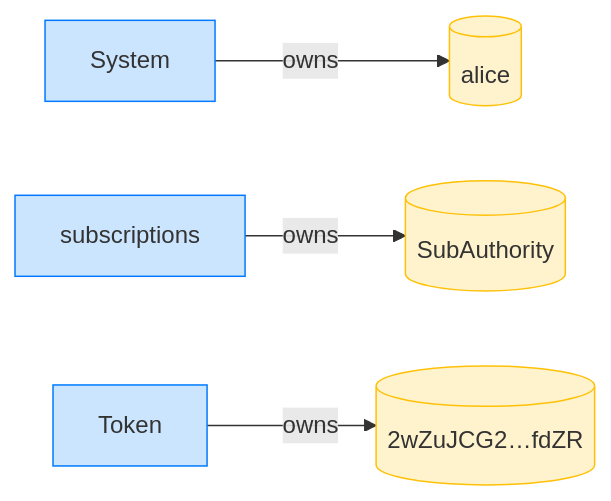
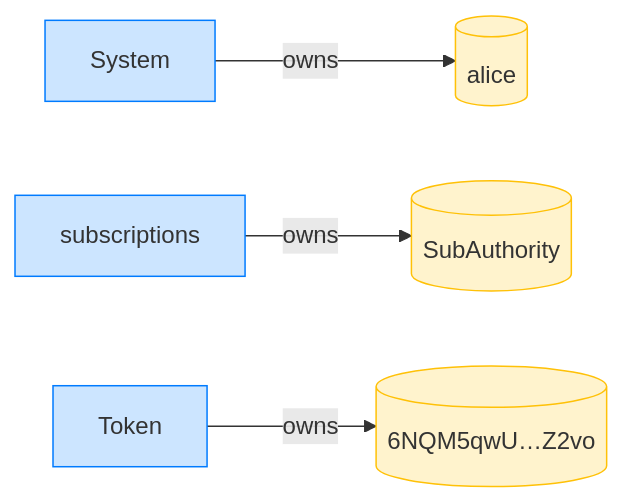
The fourth of 4 diagrams in dsl_tests/survive-a-pre-funded-pda.md (cds-rs/subscriptions), drawn with Mermaid before and after one commit. The commit also changed other lines of this file and 224 other files, not shown here.

````diff
--- a/dsl_tests/survive-a-pre-funded-pda.md
+++ b/dsl_tests/survive-a-pre-funded-pda.md
@@ -81,14 +87,14 @@
 ```mermaid
 flowchart LR
     classDef owner fill:#cce5ff,stroke:#007bff;
     classDef account fill:#fff3cd,stroke:#ffc107;
     System[System]:::owner
     alice[(alice)]:::account
     subscriptions[subscriptions]:::owner
     SubAuthority[(SubAuthority)]:::account
     Token[Token]:::owner
-    2wZuJCG2_fdZR[("2wZuJCG2…fdZR")]:::account
+    6NQM5qwU_Z2vo[("6NQM5qwU…Z2vo")]:::account
     System -->|owns| alice
     subscriptions -->|owns| SubAuthority
-    Token -->|owns| 2wZuJCG2_fdZR
+    Token -->|owns| 6NQM5qwU_Z2vo
 ```
````
